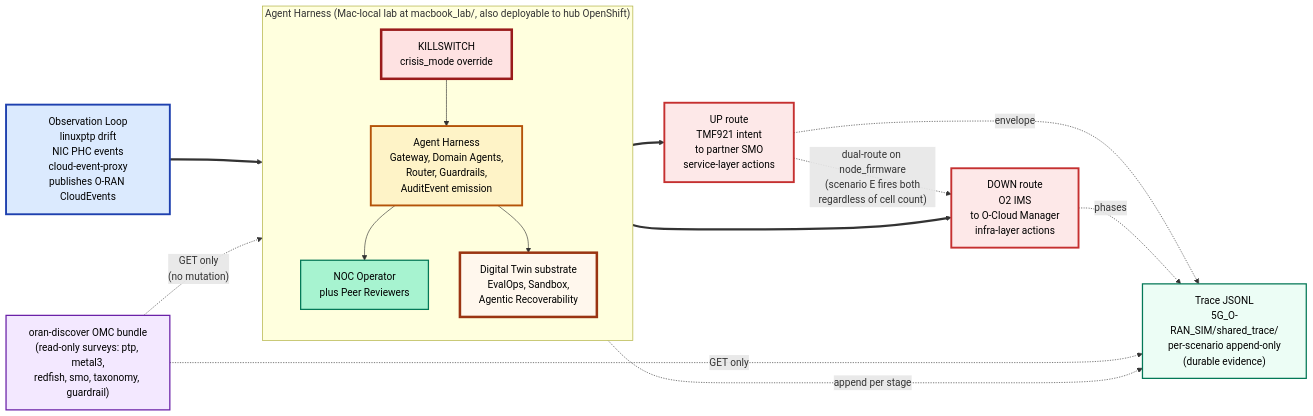
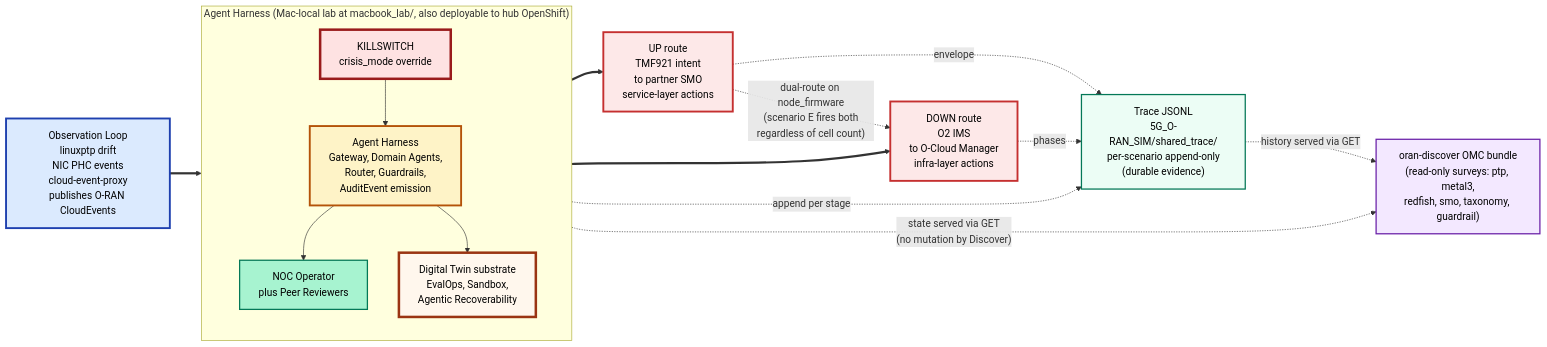
The diagram in talk/architecture.mmd (dkypuros/oran-agent-harness), drawn with Mermaid before and after one commit. The commit also changed 3 other files, not shown here.

First line of the commit message:
Address review findings: companion_intent fixture + diagram arrow direction

```diff
--- a/talk/architecture.mmd
+++ b/talk/architecture.mmd
@@ -1,52 +1,52 @@
 %% architecture.mmd v2 (macro / billboard view, the 30-second mental map)
 %% v2 changes vs v1:
 %%   added durable Trace JSONL persistence node (shared_trace/*.jsonl)
 %%   added explicit dual-route annotation between UP and DOWN (scenario E pattern)
 %%   added oran-discover read-only observation surface (the new OMC bundle)
 %%   added Mac-local lab annotation on the harness subgraph
 %% Companion diagrams (open these for detail):
 %%   architecture_zoom_governance.mmd   TM Forum top: audit, reversibility, killswitch, co-auth
 %%   architecture_zoom_cognitive.mmd    Gateway, MCP servers, domain agents, unified LLM client, twin
 %%   architecture_zoom_ocloud.mmd       Hub O-Cloud, ACM, spoke operators, scenario E firmware path
 %%   architecture_full.mmd              Comprehensive 30+ component reference (v4)
 
 flowchart LR
 
     Obs["Observation Loop<br/>linuxptp drift<br/>NIC PHC events<br/>cloud-event-proxy<br/>publishes O-RAN CloudEvents"]:::observation
 
     subgraph Middle["Agent Harness (Mac-local lab at macbook_lab/, also deployable to hub OpenShift)"]
         direction TB
         Harness["Agent Harness<br/>Gateway, Domain Agents,<br/>Router, Guardrails,<br/>AuditEvent emission"]:::harness
         Operator["NOC Operator<br/>plus Peer Reviewers"]:::human
         Killswitch["KILLSWITCH<br/>crisis_mode override"]:::killswitch
         Twin["Digital Twin substrate<br/>EvalOps, Sandbox,<br/>Agentic Recoverability"]:::twin
         Harness --> Operator
         Killswitch --> Harness
         Harness --> Twin
     end
 
     UpRoute["UP route<br/>TMF921 intent<br/>to partner SMO<br/>service-layer actions"]:::routing
     DownRoute["DOWN route<br/>O2 IMS<br/>to O-Cloud Manager<br/>infra-layer actions"]:::routing
 
     TraceLayer["Trace JSONL<br/>5G_O-RAN_SIM/shared_trace/<br/>per-scenario append-only<br/>(durable evidence)"]:::trace
 
     Discover["oran-discover OMC bundle<br/>(read-only surveys: ptp, metal3,<br/>redfish, smo, taxonomy, guardrail)"]:::discover
 
     Obs ==> Harness
     Harness ==> UpRoute
     Harness ==> DownRoute
     UpRoute -. "dual-route on node_firmware<br/>(scenario E fires both<br/>regardless of cell count)" .-> DownRoute
     Harness -. "append per stage" .-> TraceLayer
     UpRoute -. "envelope" .-> TraceLayer
     DownRoute -. "phases" .-> TraceLayer
-    Discover -. "GET only<br/>(no mutation)" .-> Harness
-    Discover -. "GET only" .-> TraceLayer
+    Harness -. "state served via GET<br/>(no mutation by Discover)" .-> Discover
+    TraceLayer -. "history served via GET" .-> Discover
 
     classDef observation fill:#dbeafe,stroke:#1e40af,color:#000,stroke-width:3px
     classDef harness fill:#fef3c7,stroke:#b45309,color:#000,stroke-width:3px
     classDef human fill:#a7f3d0,stroke:#047857,color:#000,stroke-width:2px
     classDef killswitch fill:#fee2e2,stroke:#991b1b,color:#000,stroke-width:4px
     classDef twin fill:#fff7ed,stroke:#9a3412,color:#000,stroke-width:4px
     classDef routing fill:#fde8e8,stroke:#c53030,color:#000,stroke-width:3px
     classDef trace fill:#ecfdf5,stroke:#047857,color:#000,stroke-width:2px
     classDef discover fill:#f3e8ff,stroke:#6b21a8,color:#000,stroke-width:2px
```
